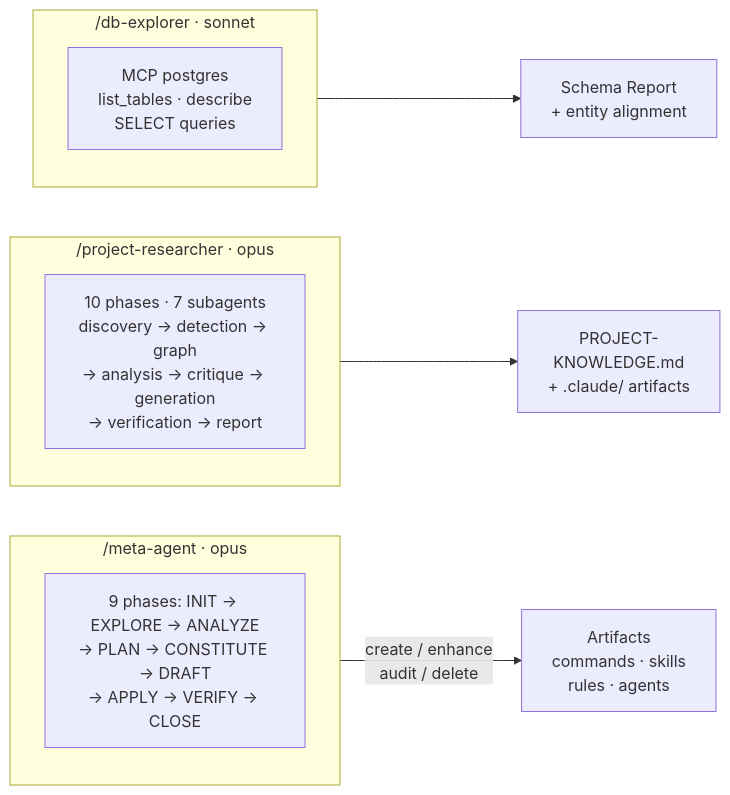
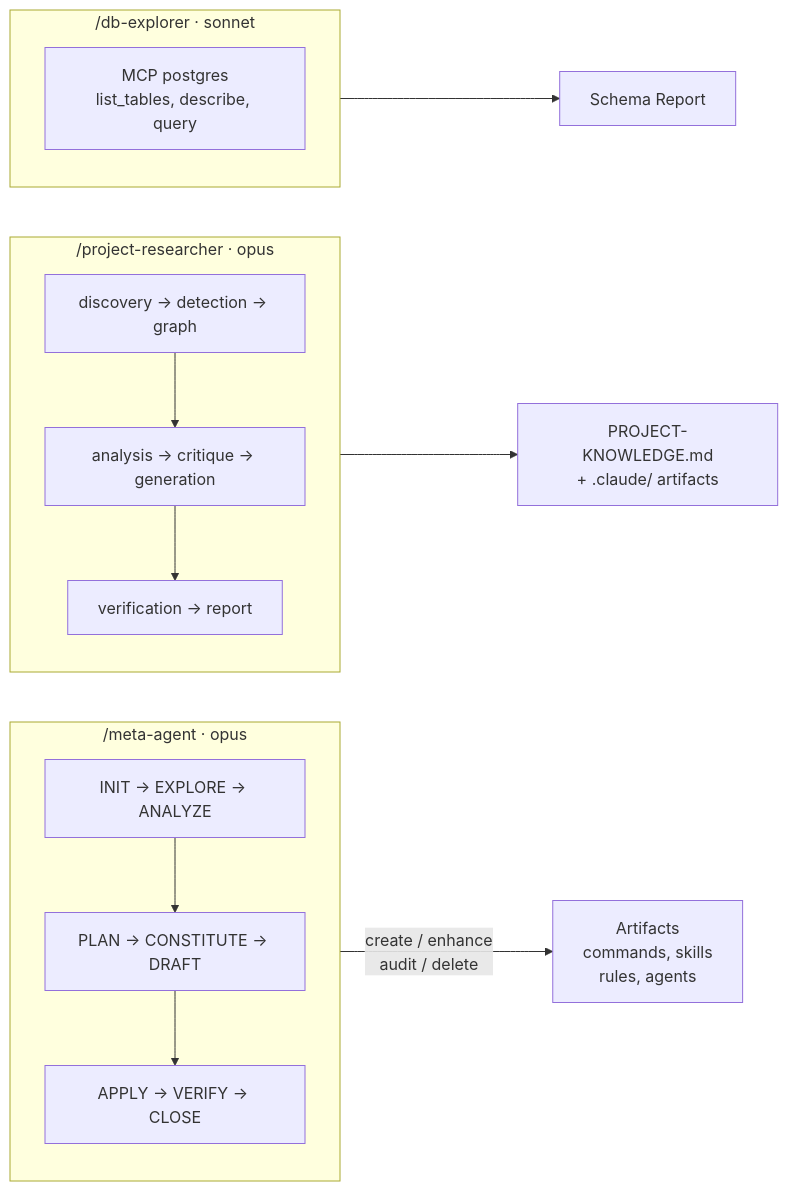
Before and after one commit to hex0xdeadbeef/claude-kit: the second of 4 diagrams in README.md, drawn with Mermaid. The commit also changed other lines of this file, not shown here.

````diff
--- a/README.md
+++ b/README.md
@@ -230,17 +230,25 @@
 ```mermaid
 flowchart LR
     subgraph META ["/meta-agent · opus"]
-        MA_PHASES["9 phases: INIT → EXPLORE → ANALYZE\n→ PLAN → CONSTITUTE → DRAFT\n→ APPLY → VERIFY → CLOSE"]
+        direction TB
+        MA1[INIT → EXPLORE → ANALYZE]
+        MA2[PLAN → CONSTITUTE → DRAFT]
+        MA3[APPLY → VERIFY → CLOSE]
+        MA1 --> MA2 --> MA3
     end
-    META -->|"create / enhance\naudit / delete"| ART["Artifacts\ncommands · skills\nrules · agents"]
+    META -->|create / enhance<br/>audit / delete| ART[Artifacts<br/>commands, skills<br/>rules, agents]
 
     subgraph PROJ ["/project-researcher · opus"]
-        PR_PHASES["10 phases · 7 subagents\ndiscovery → detection → graph\n→ analysis → critique → generation\n→ verification → report"]
+        direction TB
+        PR1[discovery → detection → graph]
+        PR2[analysis → critique → generation]
+        PR3[verification → report]
+        PR1 --> PR2 --> PR3
     end
-    PROJ --> PK["PROJECT-\nKNOWLEDGE.md\n+ .claude/ artifacts"]
+    PROJ --> PK[PROJECT-KNOWLEDGE.md<br/>+ .claude/ artifacts]
 
     subgraph DBE ["/db-explorer · sonnet"]
-        DB_TOOLS["MCP postgres\nlist_tables · describe\nSELECT queries"]
+        DB_TOOLS[MCP postgres<br/>list_tables, describe, query]
     end
-    DBE --> SCH["Schema Report\n+ entity alignment"]
+    DBE --> SCH[Schema Report]
 ```
````
